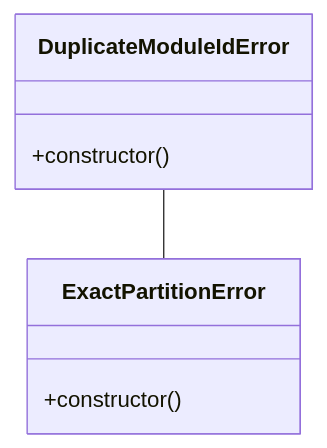
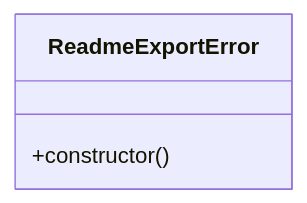
The diagram in livewiki/diagrams/core-src-08.classes.mmd (eduardoabreu81/livewiki), drawn with Mermaid before and after one commit. The commit also changed 56 other files, not shown here.

```diff
--- a/livewiki/diagrams/core-src-08.classes.mmd
+++ b/livewiki/diagrams/core-src-08.classes.mmd
@@ -1,10 +1,5 @@
-%%{init: {"themeCSS": ".relation { stroke: transparent !important; }"}}%%
 classDiagram
   direction TB
-  class class_1["DuplicateModuleIdError"] {
+  class class_1["ReadmeExportError"] {
     +constructor()
   }
-  class class_2["ExactPartitionError"] {
-    +constructor()
-  }
-  class_1 -- class_2
```
